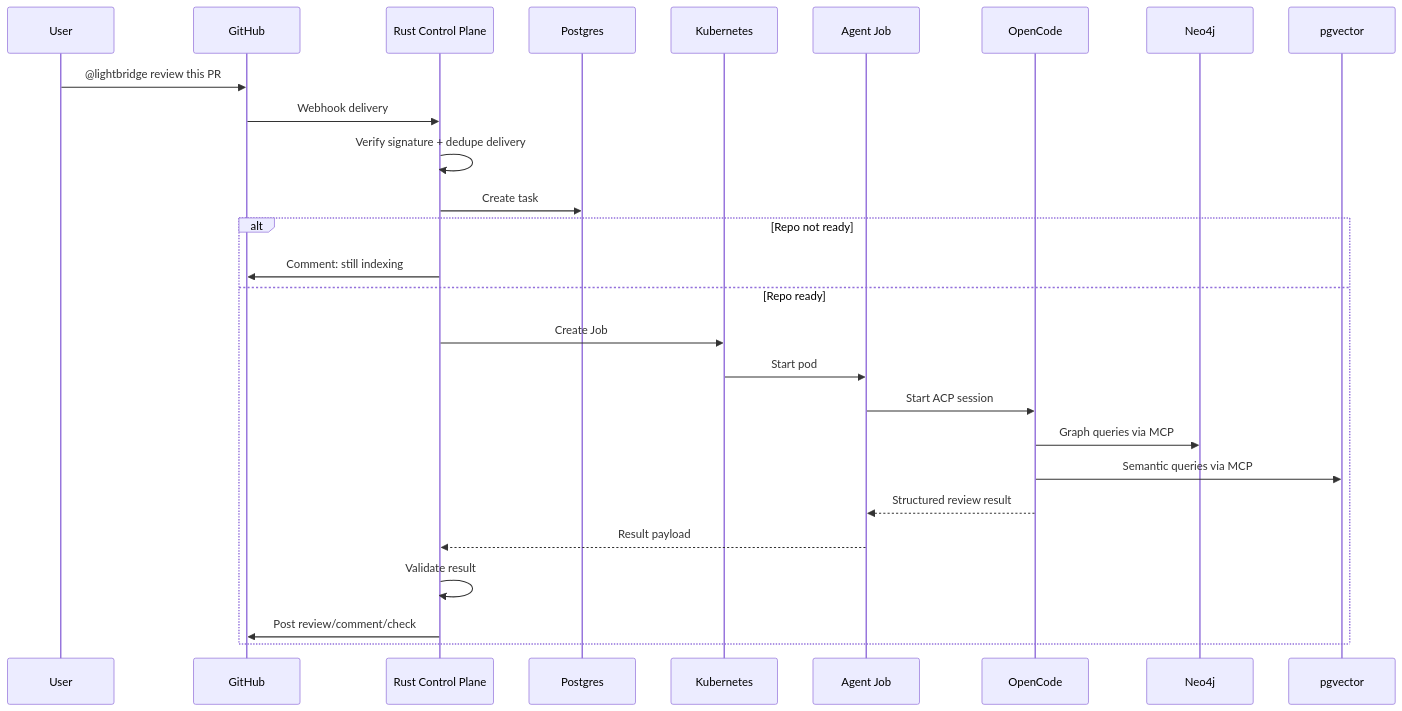
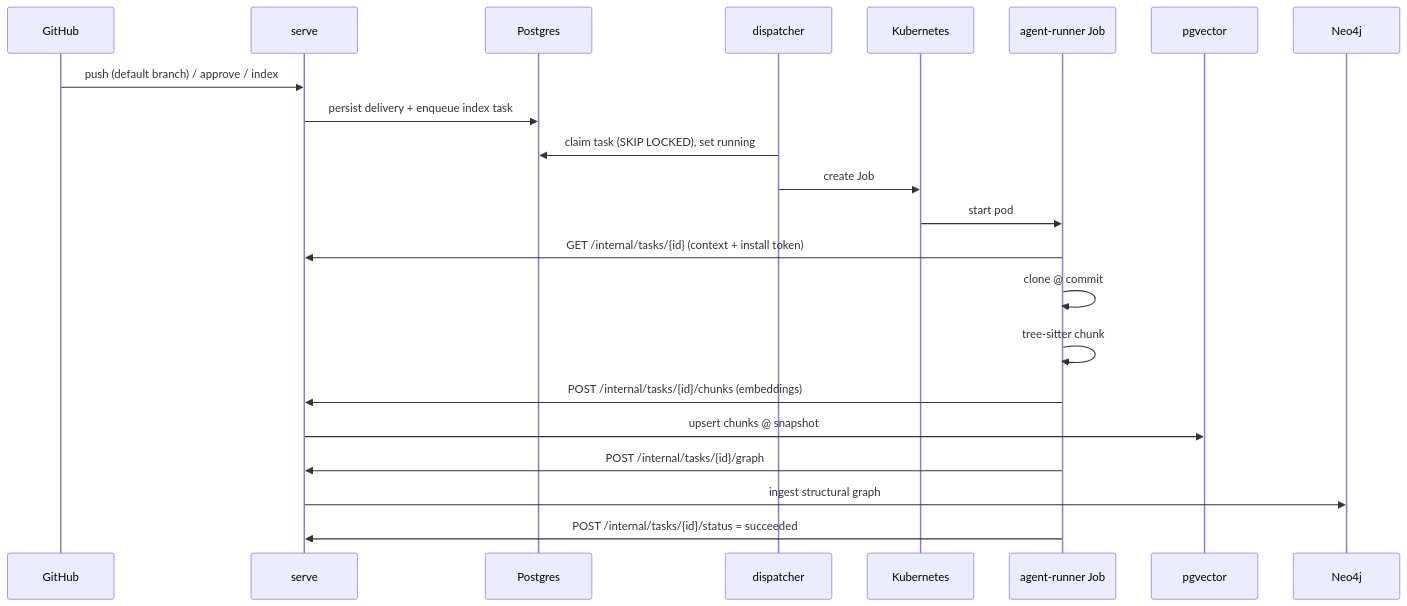
One commit to vymalo/lightbridge-code-intelligence changed the second of 3 diagrams in docs/architecture.md. Above: the diagram before and after it, drawn with Mermaid. The commit also changed other lines of this file and 14 other files, not shown here.

First line of the commit message:
docs: refresh core docs to the current architecture (native agent, two-tier, SAST, reconciler) (#238)

````diff
--- a/docs/architecture.md
+++ b/docs/architecture.md
@@ -74,30 +158,25 @@
 ```mermaid
 sequenceDiagram
-  participant U as User
   participant G as GitHub
-  participant R as Rust Control Plane
+  participant S as serve
   participant P as Postgres
+  participant D as dispatcher
   participant K as Kubernetes
-  participant J as Agent Job
-  participant O as OpenCode
+  participant J as agent-runner Job
+  participant V as pgvector
   participant N as Neo4j
-  participant V as pgvector
 
-  U->>G: @lightbridge review this PR
-  G->>R: Webhook delivery
-  R->>R: Verify signature + dedupe delivery
-  R->>P: Create task
-  alt Repo not ready
-    R->>G: Comment: still indexing
-  else Repo ready
-    R->>K: Create Job
-    K->>J: Start pod
-    J->>O: Start ACP session
-    O->>N: Graph queries via MCP
-    O->>V: Semantic queries via MCP
-    O-->>J: Structured review result
-    J-->>R: Result payload
-    R->>R: Validate result
-    R->>G: Post review/comment/check
-  end
+  G->>S: push (default branch) / approve / index
+  S->>P: persist delivery + enqueue index task
+  D->>P: claim task (SKIP LOCKED), set running
+  D->>K: create Job
+  K->>J: start pod
+  J->>S: GET /internal/tasks/{id} (context + install token)
+  J->>J: clone @ commit
+  J->>J: tree-sitter chunk
+  J->>S: POST /internal/tasks/{id}/chunks (embeddings)
+  S->>V: upsert chunks @ snapshot
+  J->>S: POST /internal/tasks/{id}/graph
+  S->>N: ingest structural graph
+  J->>S: POST /internal/tasks/{id}/status = succeeded
 ```
````
